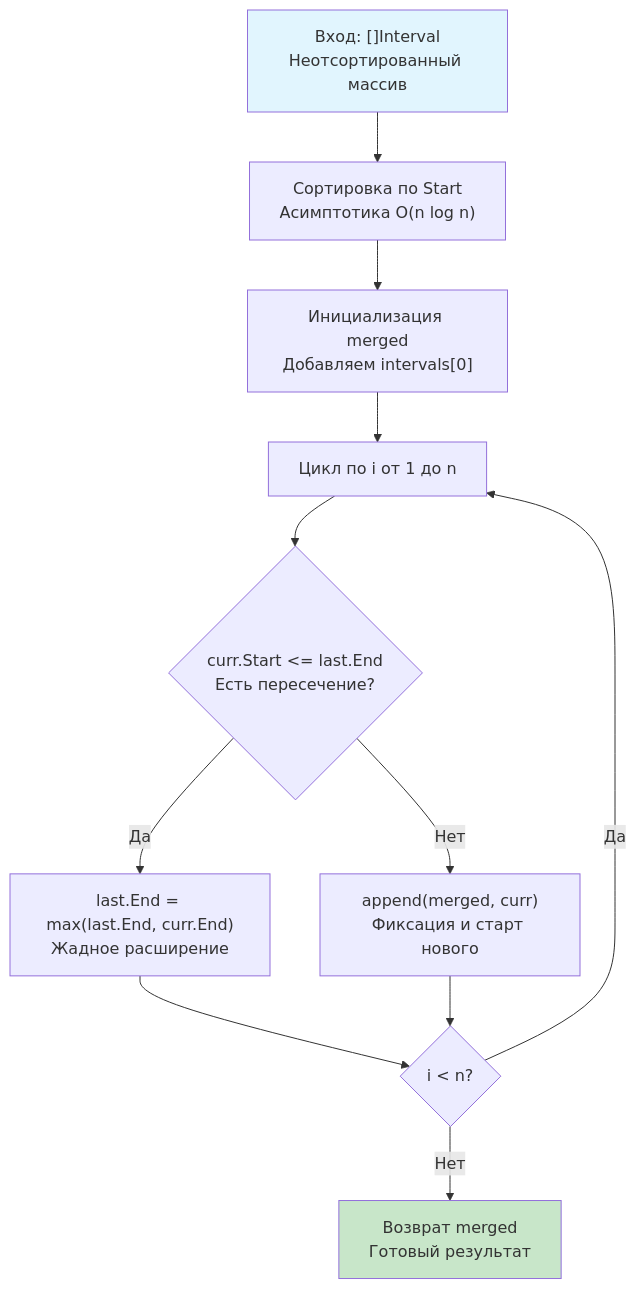
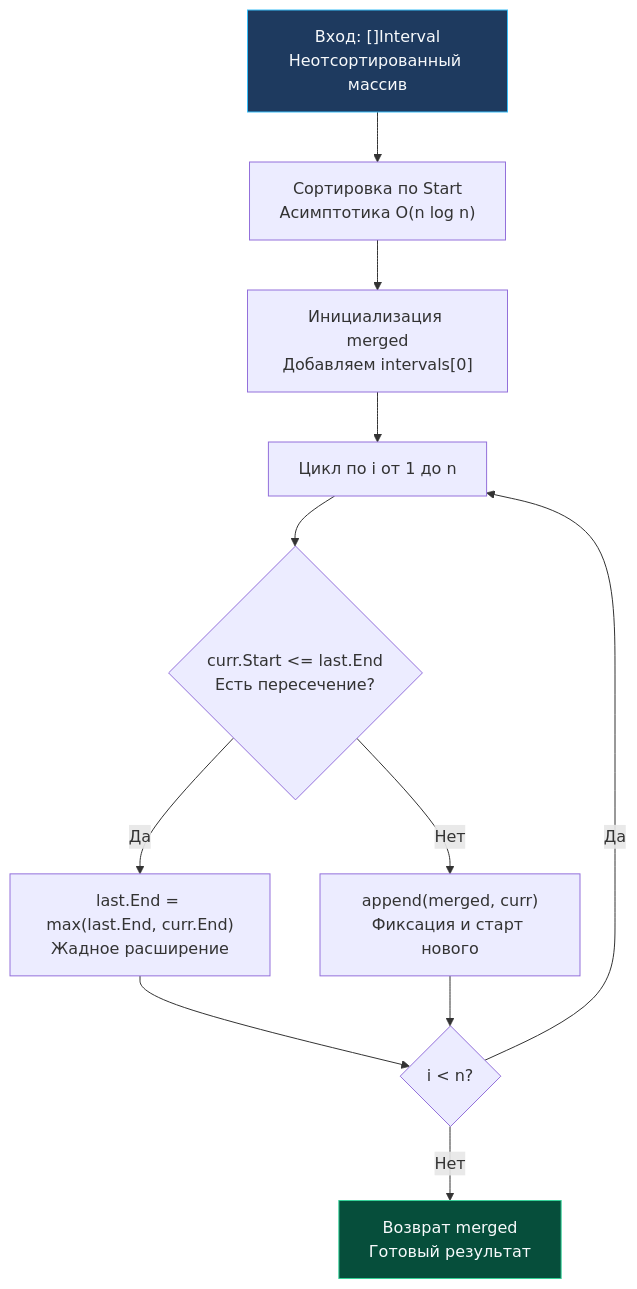
One commit to UnrealTemplier/go-textbook changed the diagram in sources/21. Задачи с LeetCode и собеседований на Go/02. Задачи/23. Интервалы/3. Merge Intervals.md. Above: the diagram before and after it, drawn with Mermaid. The commit also changed 310 other files, not shown here.

First line of the commit message:
fix(mermaid): replace light fill colors with dark palette for readability on dark theme

````diff
--- a/sources/21. Задачи с LeetCode и собеседований на Go/02. Задачи/23. Интервалы/3. Merge Intervals.md
+++ b/sources/21. Задачи с LeetCode и собеседований на Go/02. Задачи/23. Интервалы/3. Merge Intervals.md
@@ -21,16 +21,16 @@
 ```mermaid
 flowchart TD
     Start["Вход: []Interval<br>Неотсортированный массив"] --> Sort["Сортировка по Start<br>Асимптотика O(n log n)"]
     Sort --> Init["Инициализация merged<br>Добавляем intervals[0]"]
     Init --> Loop["Цикл по i от 1 до n"]
     Loop --> Check{"curr.Start <= last.End<br>Есть пересечение?"}
     Check -- "Да" --> Merge["last.End = max(last.End, curr.End)<br>Жадное расширение"]
     Check -- "Нет" --> Push["append(merged, curr)<br>Фиксация и старт нового"]
     Merge --> Next{"i < n?"}
     Push --> Next
     Next -- "Да" --> Loop
     Next -- "Нет" --> Return["Возврат merged<br>Готовый результат"]
     
-    style Start fill:#e1f5fe
-    style Return fill:#c8e6c9
+    style Start fill:#1e3a5f,stroke:#38bdf8,color:#f8fafc
+    style Return fill:#064e3b,stroke:#34d399,color:#f8fafc
 ```
````
